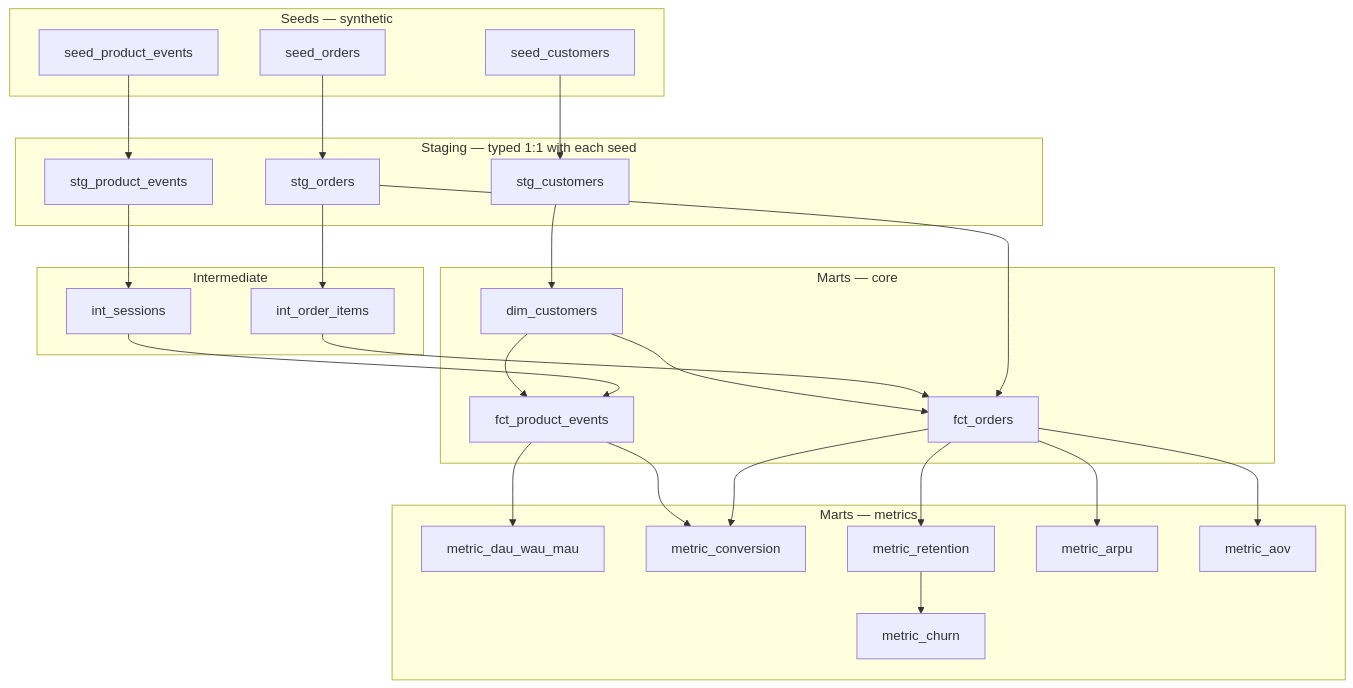
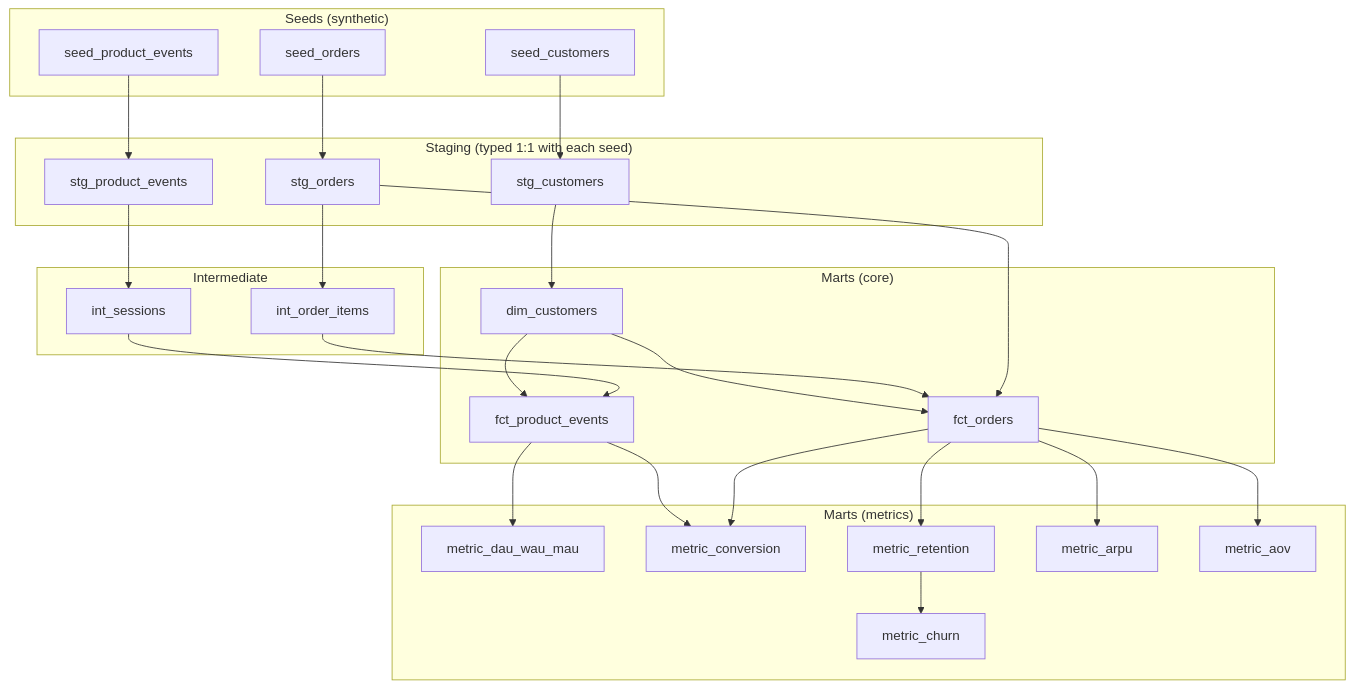
One commit to franciscovmcunha/product-metrics-playbook changed the diagram in README.md. Above: the diagram before and after it, drawn with Mermaid. The commit also changed other lines of this file, not shown here.

````diff
--- a/README.md
+++ b/README.md
@@ -21,48 +21,48 @@
 ```mermaid
 flowchart TD
-    subgraph SEEDS["Seeds — synthetic"]
+    subgraph SEEDS["Seeds (synthetic)"]
         sc[seed_customers]
         so[seed_orders]
         se[seed_product_events]
     end
 
-    subgraph STAGING["Staging — typed 1:1 with each seed"]
+    subgraph STAGING["Staging (typed 1:1 with each seed)"]
         stc[stg_customers]
         sto[stg_orders]
         ste[stg_product_events]
     end
 
     subgraph INTERMEDIATE["Intermediate"]
         ioi[int_order_items]
         ise[int_sessions]
     end
 
-    subgraph CORE["Marts — core"]
+    subgraph CORE["Marts (core)"]
         dc[dim_customers]
         fo[fct_orders]
         fpe[fct_product_events]
     end
 
-    subgraph METRICS["Marts — metrics"]
+    subgraph METRICS["Marts (metrics)"]
         m_dau[metric_dau_wau_mau]
         m_conv[metric_conversion]
         m_ret[metric_retention]
         m_churn[metric_churn]
         m_arpu[metric_arpu]
         m_aov[metric_aov]
     end
 
     sc --> stc --> dc
     so --> sto --> ioi
     se --> ste --> ise
 
     sto --> fo
     ioi --> fo
     dc --> fo
     ise --> fpe
     dc --> fpe
 
     fo --> m_conv & m_ret & m_arpu & m_aov
     fpe --> m_dau & m_conv
     m_ret --> m_churn
 ```
````
